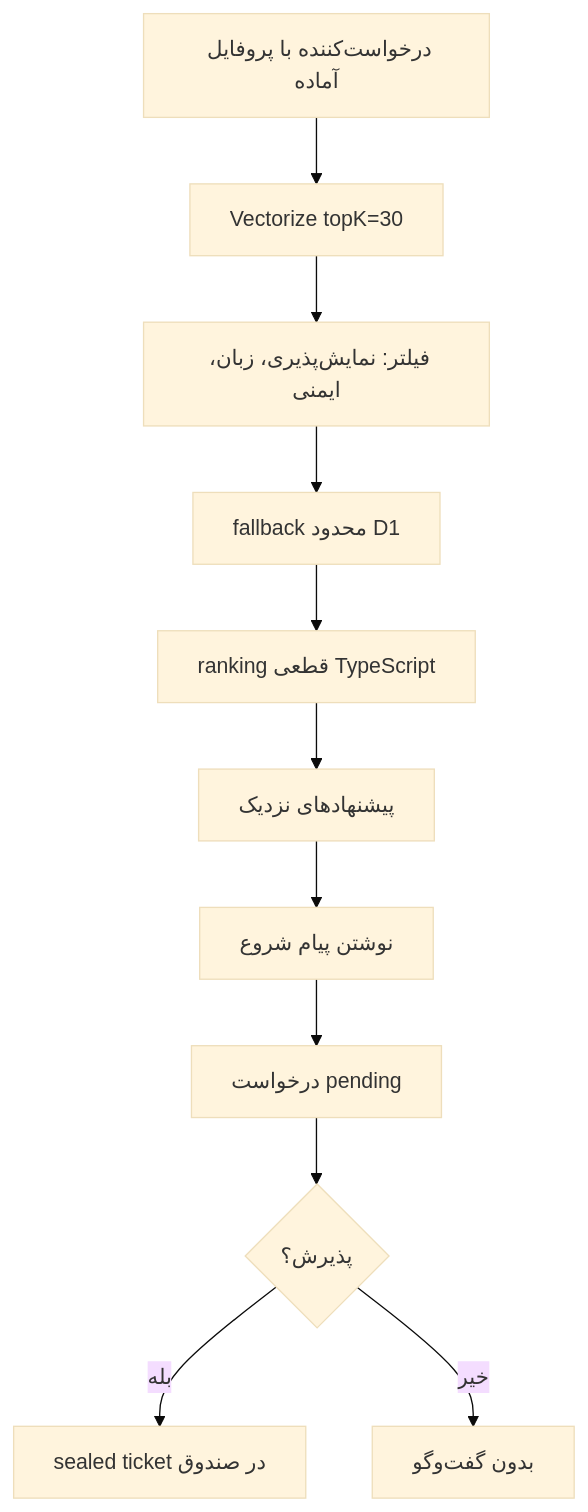
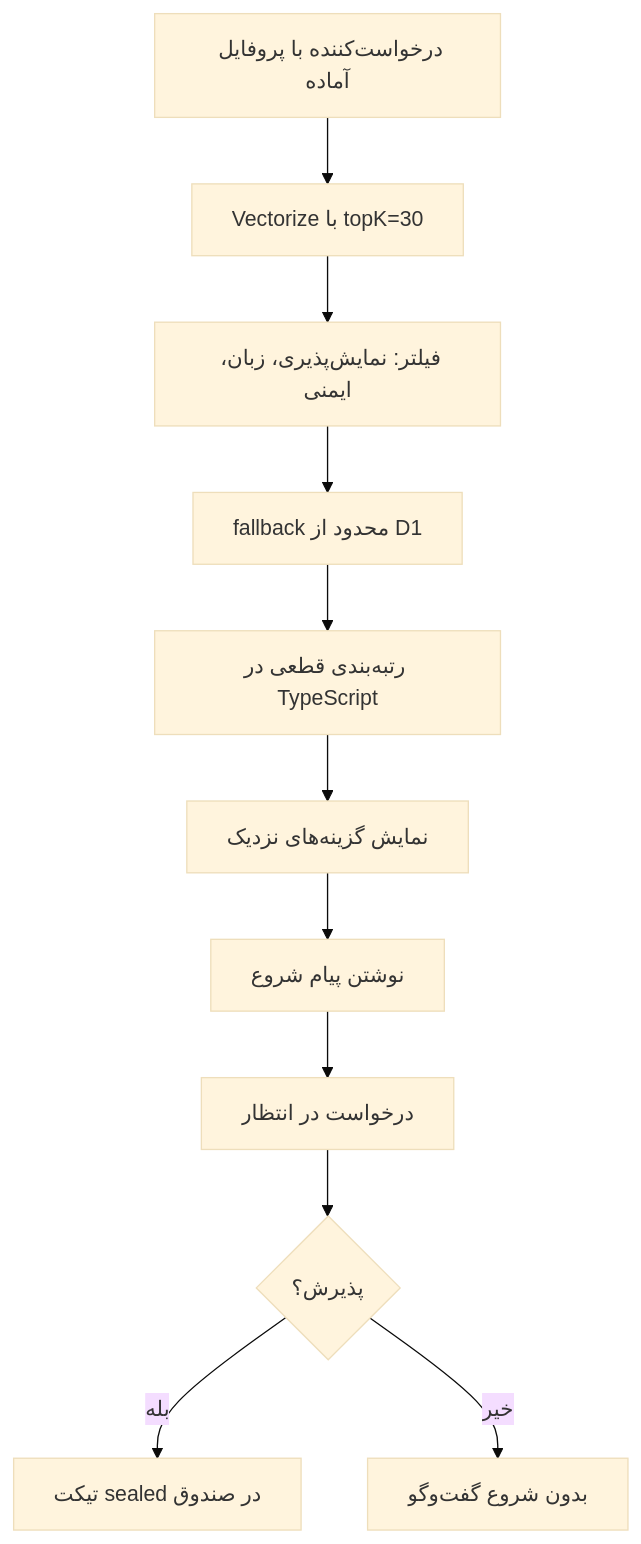
Before and after one commit to mohetios/mohetios.dev: the ninth of 10 diagrams in content/fa/lab/nekonymous-anonymous-messaging-technical-lab.md, drawn with Mermaid (base theme). The commit also changed other lines of this file and 8 other files, not shown here.

````diff
--- a/content/fa/lab/nekonymous-anonymous-messaging-technical-lab.md
+++ b/content/fa/lab/nekonymous-anonymous-messaging-technical-lab.md
@@ -512,13 +512,13 @@
 ```mermaid
 flowchart TD
-  A[درخواست‌کننده با پروفایل آماده] --> B[Vectorize topK=30]
+  A[درخواست‌کننده با پروفایل آماده] --> B[Vectorize با topK=30]
   B --> C[فیلتر: نمایش‌پذیری، زبان، ایمنی]
-  C --> D[fallback محدود D1]
-  D --> E[ranking قطعی TypeScript]
-  E --> F[پیشنهادهای نزدیک]
+  C --> D[fallback محدود از D1]
+  D --> E[رتبه‌بندی قطعی در TypeScript]
+  E --> F[نمایش گزینه‌های نزدیک]
   F --> G[نوشتن پیام شروع]
-  G --> H[درخواست pending]
+  G --> H[درخواست در انتظار]
   H --> I{پذیرش؟}
-  I -->|بله| J[sealed ticket در صندوق]
-  I -->|خیر| K[بدون گفت‌وگو]
+  I -->|بله| J[تیکت sealed در صندوق]
+  I -->|خیر| K[بدون شروع گفت‌وگو]
 ```
````
